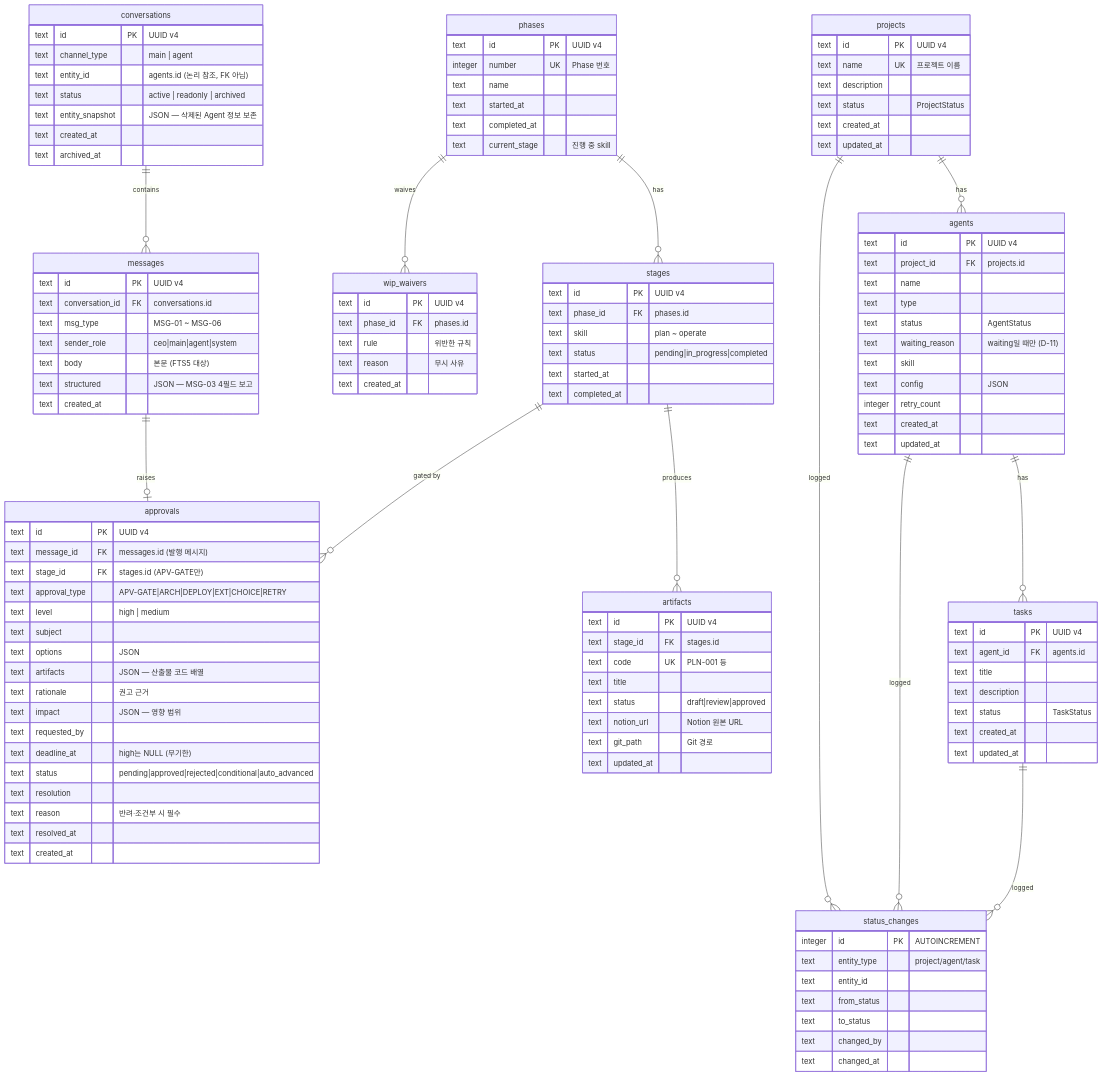
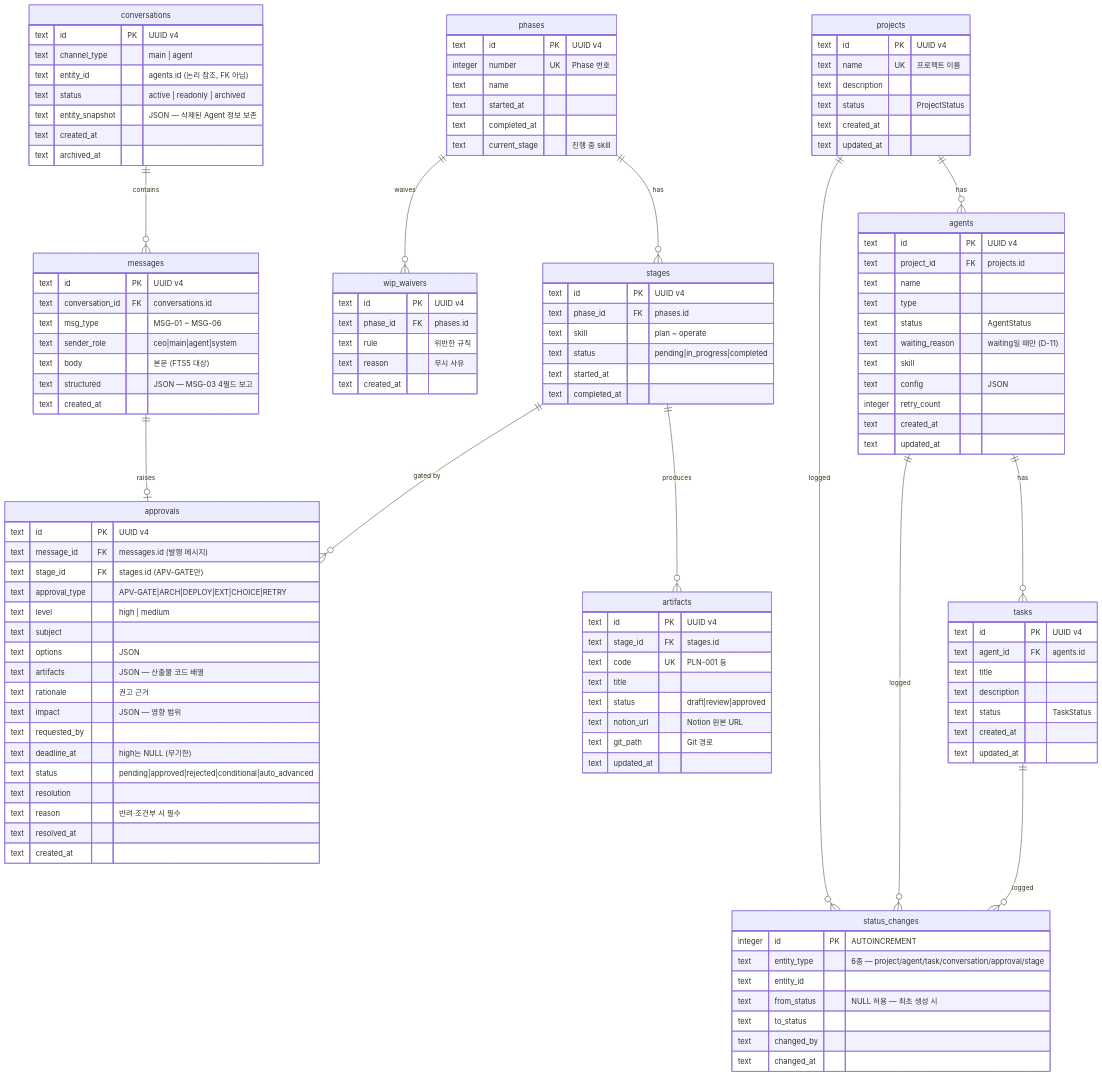
One commit to AI-Agent-Jeon/ClaudeManager-v2 changed the diagram in docs/design/data/des-003-data-model.md. Above: the diagram before and after it, drawn with Mermaid. The commit also changed other lines of this file and 9 other files, not shown here.

```diff
--- a/docs/design/data/des-003-data-model.md
+++ b/docs/design/data/des-003-data-model.md
@@ -74,9 +74,9 @@
 
     status_changes {
         integer id PK "AUTOINCREMENT"
-        text entity_type "project/agent/task"
+        text entity_type "6종 — project/agent/task/conversation/approval/stage"
         text entity_id
-        text from_status
+        text from_status "NULL 허용 — 최초 생성 시"
         text to_status
         text changed_by
         text changed_at
```
